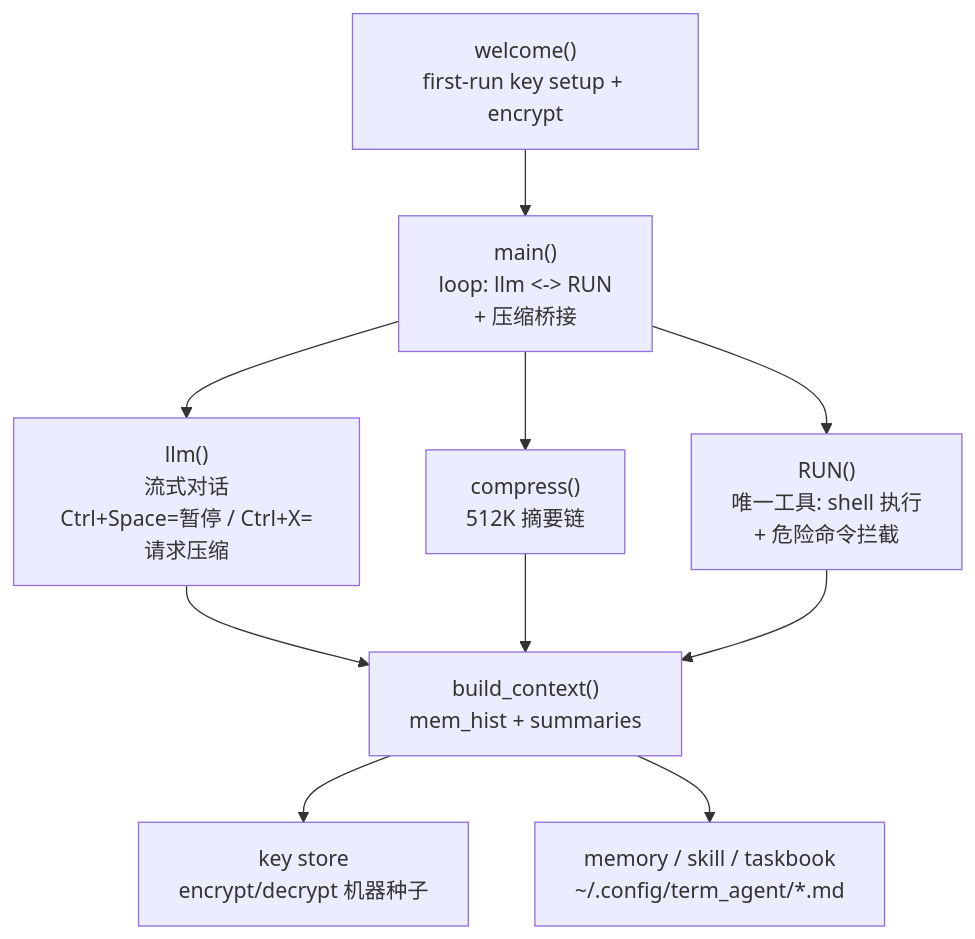
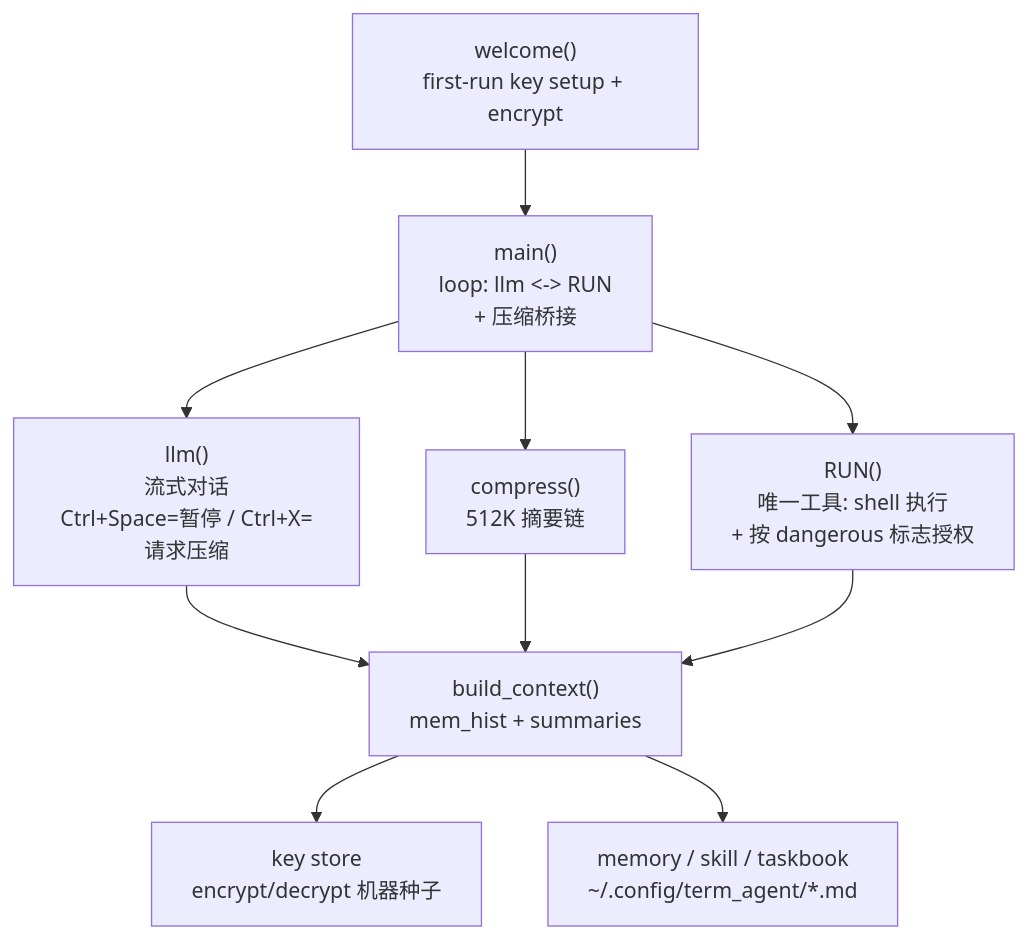
One commit to Xiyinnnnnn/Agent-in-Terminal changed the first of 2 diagrams in README.md. Above: the diagram before and after it, drawn with Mermaid. The commit also changed other lines of this file and 2 other files, not shown here.

First line of the commit message:
refactor(safety): 安全门改为模型 dangerous 标志分流

````diff
--- a/README.md
+++ b/README.md
@@ -55,12 +55,12 @@
 ```mermaid
 flowchart TD
     A["welcome()<br/>first-run key setup + encrypt"] --> B["main()<br/>loop: llm <-> RUN<br/>+ 压缩桥接"]
     B --> C["llm()<br/>流式对话<br/>Ctrl+Space=暂停 / Ctrl+X=请求压缩"]
     B --> D["compress()<br/>512K 摘要链"]
-    B --> E["RUN()<br/>唯一工具: shell 执行<br/>+ 危险命令拦截"]
+    B --> E["RUN()<br/>唯一工具: shell 执行<br/>+ 按 dangerous 标志授权"]
     C --> F["build_context()<br/>mem_hist + summaries"]
     D --> F
     E --> F
     F --> G["key store<br/>encrypt/decrypt 机器种子"]
     F --> H["memory / skill / taskbook<br/>~/.config/term_agent/*.md"]
 ```
````
